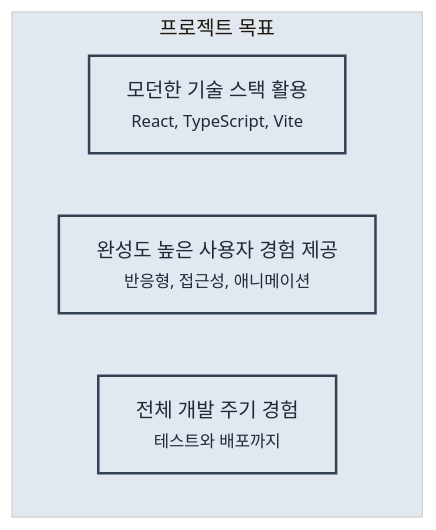
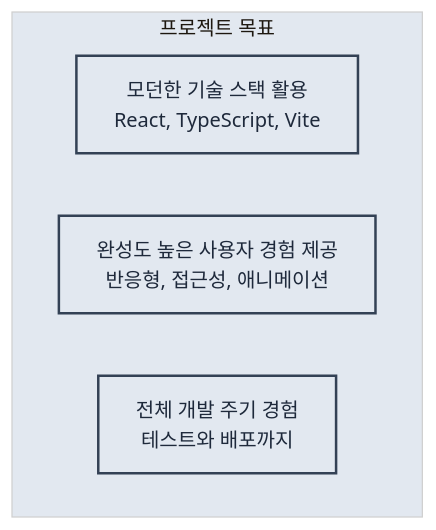
One commit to revfactory/claude-code-mastering changed the fourth of 5 diagrams in book/03-chapter3.md. Above: the diagram before and after it, drawn with Mermaid. The commit also changed other lines of this file and 10 other files, not shown here.

First line of the commit message:
fix: 챕터 2-13 Mermaid 다이어그램 텍스트 렌더링 최적화

````diff
--- a/book/03-chapter3.md
+++ b/book/03-chapter3.md
@@ -405,13 +405,13 @@
 ```mermaid
 %%{init: {"theme": "base", "themeVariables": {"primaryColor": "#f8fafc", "primaryTextColor": "#1e293b", "primaryBorderColor": "#e2e8f0", "lineColor": "#94a3b8", "secondaryColor": "#f1f5f9", "tertiaryColor": "#e2e8f0"}}}%%
 graph TB
     subgraph goals ["프로젝트 목표"]
-        A["모던한 기술 스택 활용<br/><small>React, TypeScript, Vite</small>"]
-        B["완성도 높은 사용자 경험 제공<br/><small>반응형, 접근성, 애니메이션</small>"]
-        C["전체 개발 주기 경험<br/><small>테스트와 배포까지</small>"]
+        A["모던한 기술 스택 활용<br/>React, TypeScript, Vite"]
+        B["완성도 높은 사용자 경험 제공<br/>반응형, 접근성, 애니메이션"]
+        C["전체 개발 주기 경험<br/>테스트와 배포까지"]
     end
     
     classDef goalStyle fill:#e2e8f0,stroke:#334155,stroke-width:2px,color:#1e293b
     
     class A,B,C goalStyle
 ```
````
